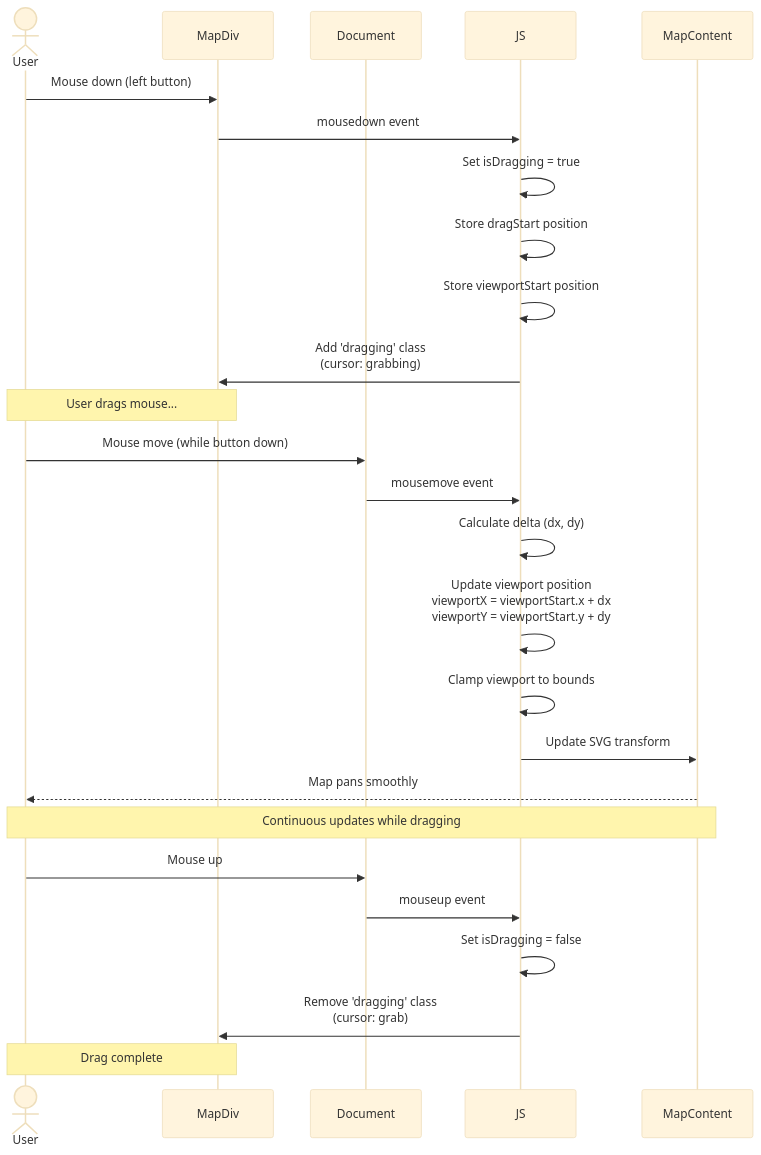
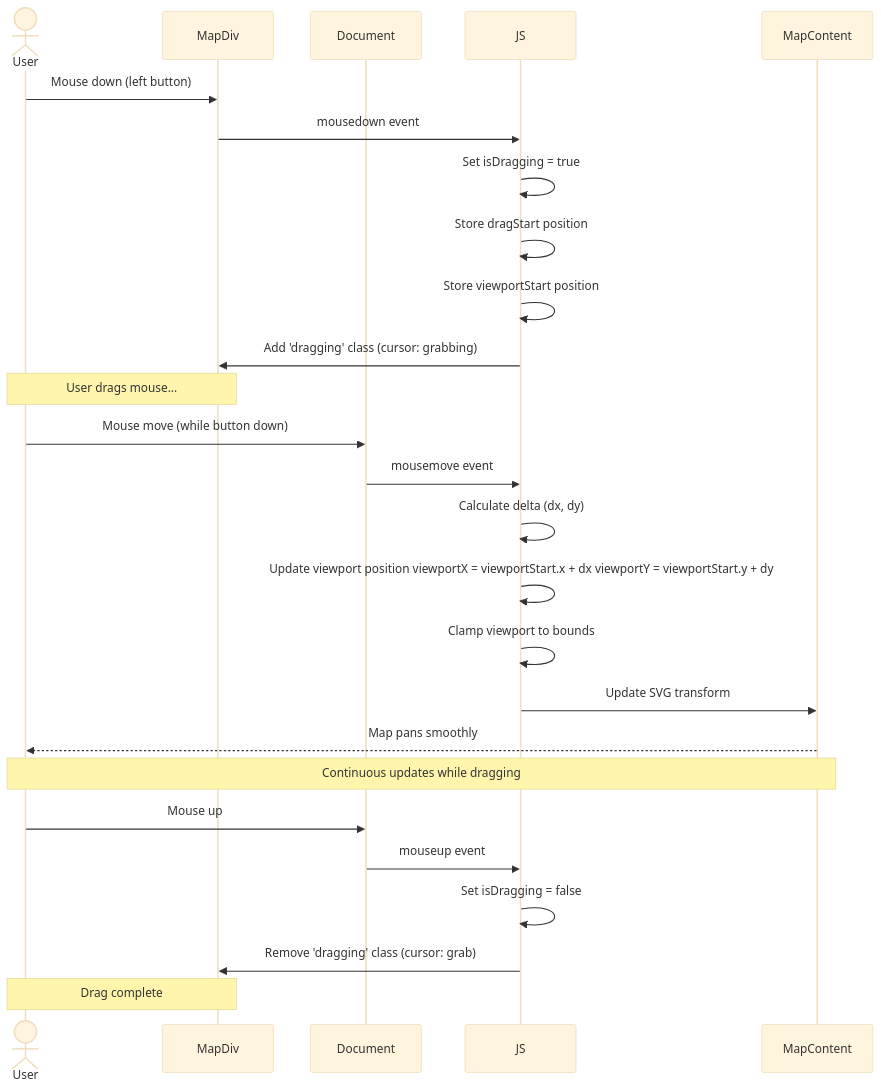
One commit to softwarewrighter/rts_mock changed the seventh of 13 diagrams in wiki/Interaction-Flows.md. Above: the diagram before and after it, drawn with Mermaid (base theme). The commit also changed other lines of this file and 5 other files, not shown here.

First line of the commit message:
Fix wiki Mermaid diagrams: remove <br/> tags

````diff
--- a/wiki/Interaction-Flows.md
+++ b/wiki/Interaction-Flows.md
@@ -186,34 +186,34 @@
 ```mermaid
 sequenceDiagram
     actor User
     participant MapDiv
     participant Document
     participant JS
     participant MapContent
 
     User->>MapDiv: Mouse down (left button)
     MapDiv->>JS: mousedown event
     JS->>JS: Set isDragging = true
     JS->>JS: Store dragStart position
     JS->>JS: Store viewportStart position
-    JS->>MapDiv: Add 'dragging' class<br/>(cursor: grabbing)
+    JS->>MapDiv: Add 'dragging' class (cursor: grabbing)
 
     Note over User,MapDiv: User drags mouse...
 
     User->>Document: Mouse move (while button down)
     Document->>JS: mousemove event
     JS->>JS: Calculate delta (dx, dy)
-    JS->>JS: Update viewport position<br/>viewportX = viewportStart.x + dx<br/>viewportY = viewportStart.y + dy
+    JS->>JS: Update viewport position viewportX = viewportStart.x + dx viewportY = viewportStart.y + dy
     JS->>JS: Clamp viewport to bounds
     JS->>MapContent: Update SVG transform
     MapContent-->>User: Map pans smoothly
 
     Note over User,MapContent: Continuous updates while dragging
 
     User->>Document: Mouse up
     Document->>JS: mouseup event
     JS->>JS: Set isDragging = false
-    JS->>MapDiv: Remove 'dragging' class<br/>(cursor: grab)
+    JS->>MapDiv: Remove 'dragging' class (cursor: grab)
 
     Note over User,MapDiv: Drag complete
 ```
````
